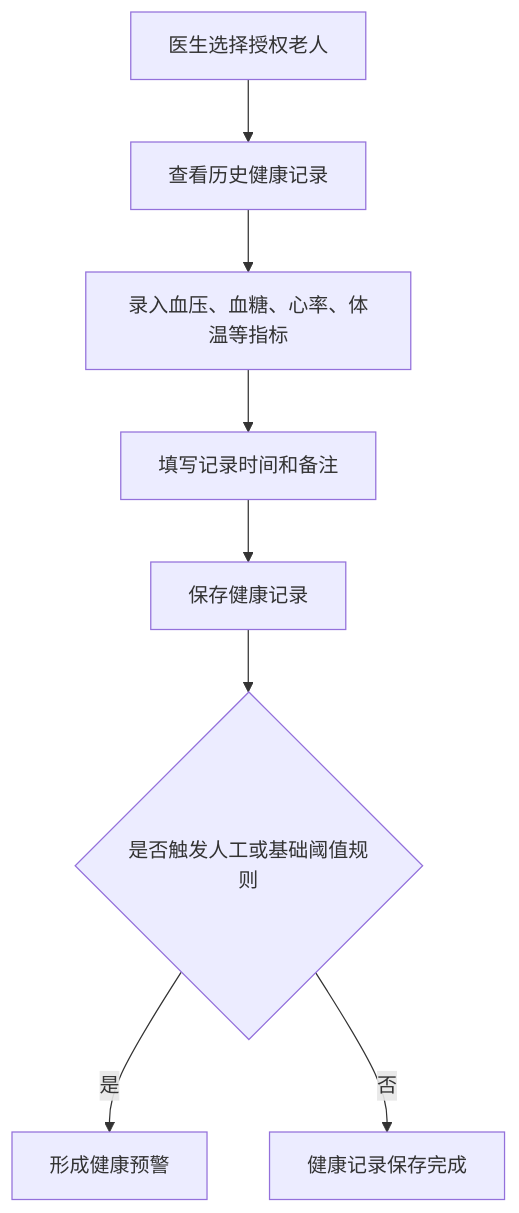
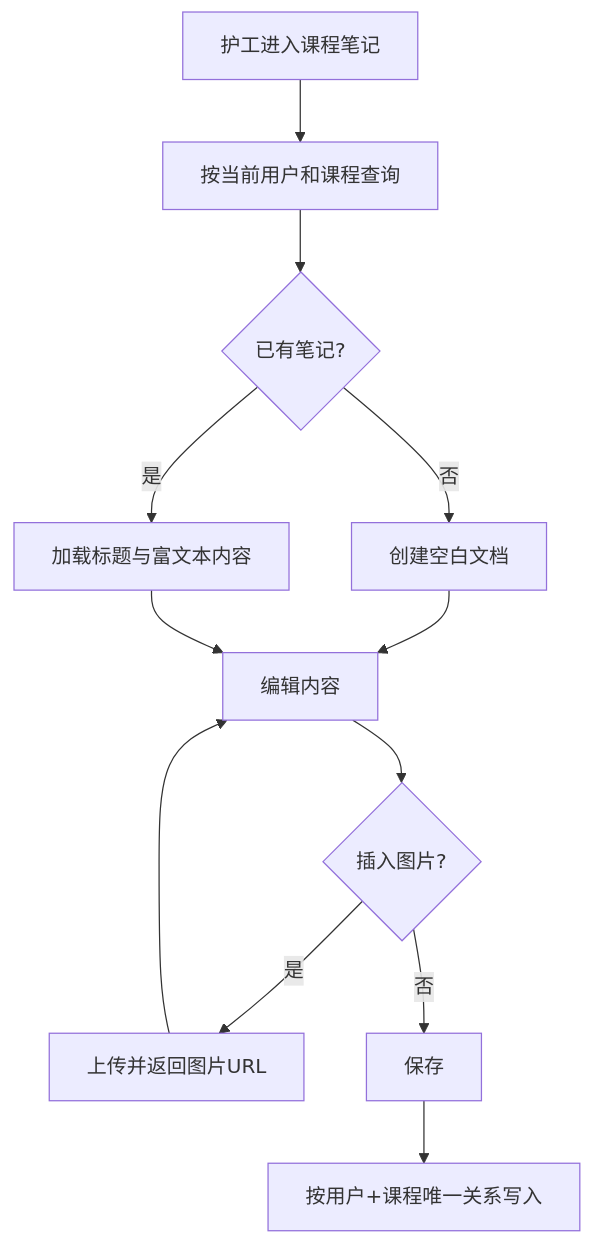
Before and after one commit to thesantaana/Care-Nexus: the seventh of 10 diagrams in docs/requirements/业务流程.md, drawn with Mermaid. The commit also changed other lines of this file, not shown here.

````diff
--- a/docs/requirements/业务流程.md
+++ b/docs/requirements/业务流程.md
@@ -286,10 +130,14 @@
 ```mermaid
 flowchart TD
-    A["医生选择授权老人"] --> B["查看历史健康记录"]
-    B --> C["录入血压、血糖、心率、体温等指标"]
-    C --> D["填写记录时间和备注"]
-    D --> E["保存健康记录"]
-    E --> F{"是否触发人工或基础阈值规则"}
-    F -- "是" --> G["形成健康预警"]
-    F -- "否" --> H["健康记录保存完成"]
+    A[护工进入课程笔记] --> B[按当前用户和课程查询]
+    B --> C{已有笔记?}
+    C -- 否 --> D[创建空白文档]
+    C -- 是 --> E[加载标题与富文本内容]
+    D --> F[编辑内容]
+    E --> F
+    F --> G{插入图片?}
+    G -- 是 --> H[上传并返回图片URL]
+    H --> F
+    G -- 否 --> I[保存]
+    I --> J[按用户+课程唯一关系写入]
 ```
````
